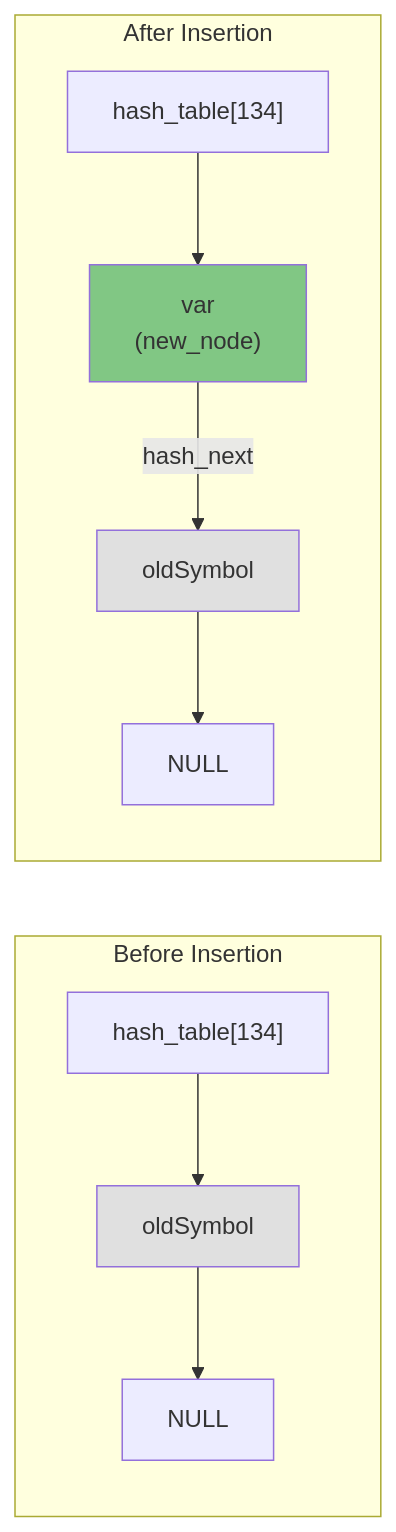
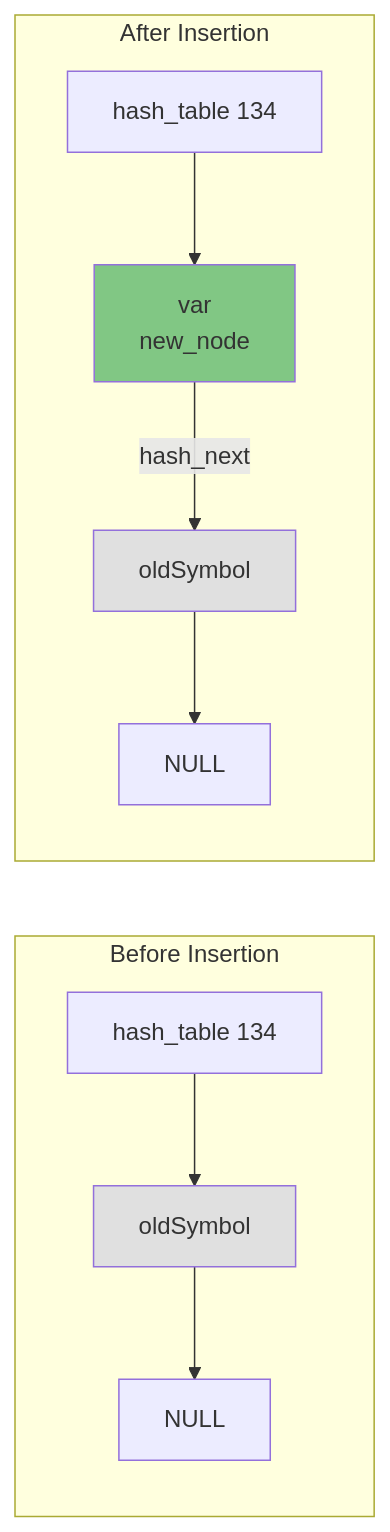
Before and after one commit to Uttam-Mahata/Compiler-Design-LAB: the fifth of 22 diagrams in Assignment-04-TC/SYMBOL_TABLE_IMPLEMENTATION_EXPLAINED.md, drawn with Mermaid. The commit also changed other lines of this file, not shown here.

Commit message:
Update symbol table documentation: enhance clarity in diagrams and improve terminology consistency

````diff
--- a/Assignment-04-TC/SYMBOL_TABLE_IMPLEMENTATION_EXPLAINED.md
+++ b/Assignment-04-TC/SYMBOL_TABLE_IMPLEMENTATION_EXPLAINED.md
@@ -489,17 +489,17 @@
 ```mermaid
 graph LR
     subgraph "Before Insertion"
-        HT1["hash_table[134]"] --> OLD1[oldSymbol]
+        HT1["hash_table 134"] --> OLD1[oldSymbol]
         OLD1 --> NULL1[NULL]
     end
     
     subgraph "After Insertion"
-        HT2["hash_table[134]"] --> NEW["var<br/>(new_node)"]
+        HT2["hash_table 134"] --> NEW["var<br/>new_node"]
         NEW --> |hash_next| OLD2[oldSymbol]
         OLD2 --> NULL2[NULL]
     end
     
     style NEW fill:#81c784
     style OLD1 fill:#e0e0e0
     style OLD2 fill:#e0e0e0
 ```
````
